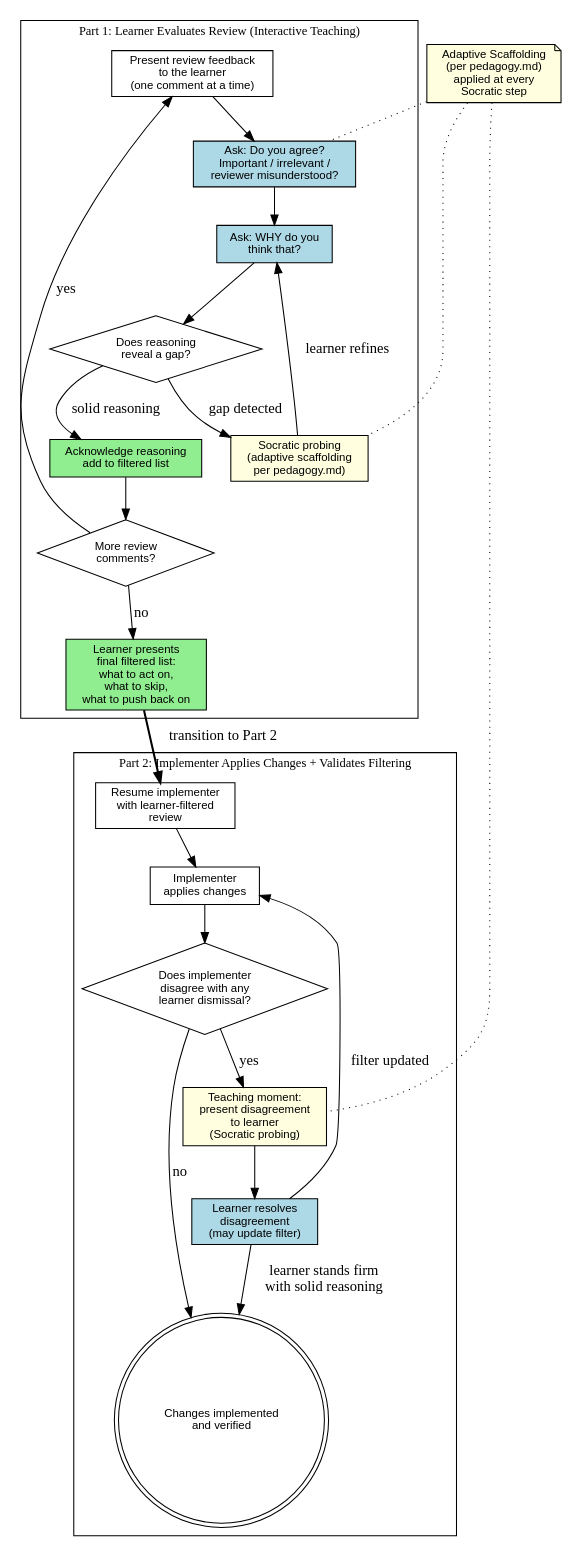
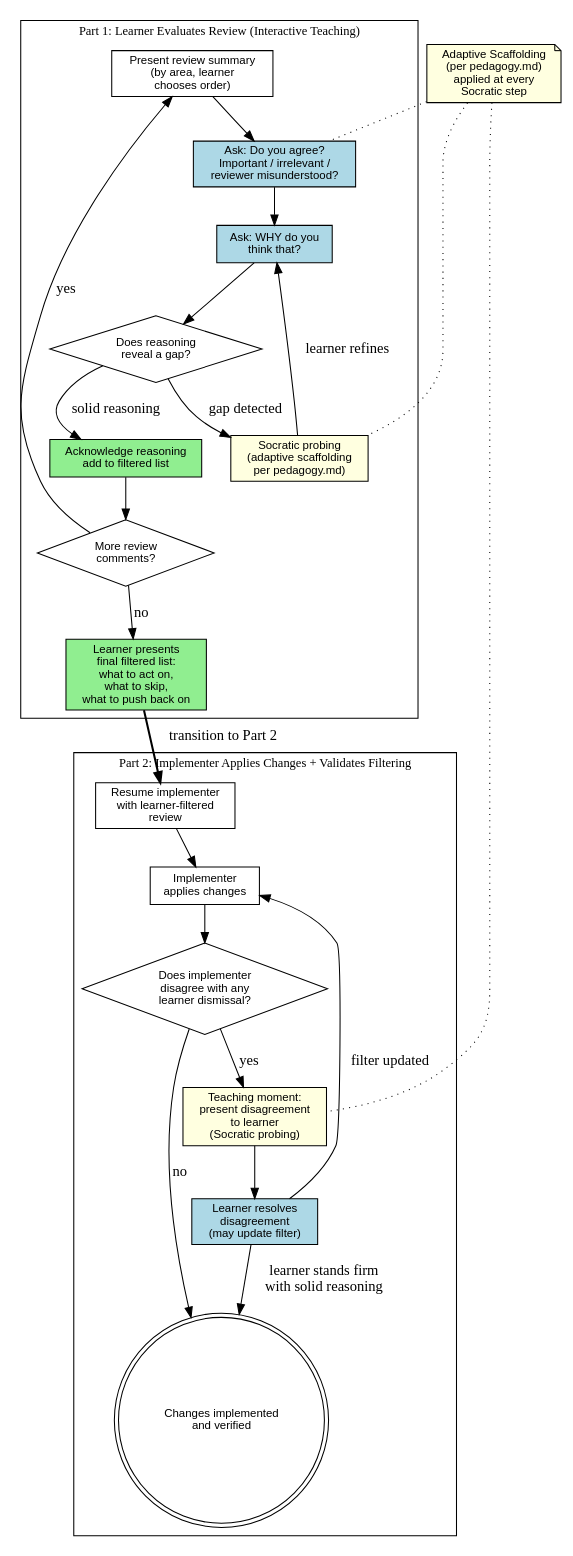
One commit to alennartz/claude-plugins changed the diagram in learning-mode/skills/evaluating-code-review/SKILL.md. Above: the diagram before and after it, drawn with Graphviz. The commit also changed other lines of this file and 6 other files, not shown here.

````diff
--- a/learning-mode/skills/evaluating-code-review/SKILL.md
+++ b/learning-mode/skills/evaluating-code-review/SKILL.md
@@ -39,61 +39,61 @@
 ```dot
 digraph receiving_code_review {
     rankdir=TB;
     node [fontname="Helvetica", fontsize=11];
 
     subgraph cluster_part1 {
         label="Part 1: Learner Evaluates Review (Interactive Teaching)";
         style=solid;
         color=black;
         fontsize=12;
 
-        p1_present [label="Present review feedback\nto the learner\n(one comment at a time)" shape=box];
+        p1_present [label="Present review summary\n(by area, learner\nchooses order)" shape=box];
         p1_classify [label="Ask: Do you agree?\nImportant / irrelevant /\nreviewer misunderstood?" shape=box style=filled fillcolor=lightblue];
         p1_why [label="Ask: WHY do you\nthink that?" shape=box style=filled fillcolor=lightblue];
         p1_gap [label="Does reasoning\nreveal a gap?" shape=diamond];
         p1_probe [label="Socratic probing\n(adaptive scaffolding\nper pedagogy.md)" shape=box style=filled fillcolor=lightyellow];
         p1_solid [label="Acknowledge reasoning\nadd to filtered list" shape=box style=filled fillcolor=lightgreen];
         p1_more [label="More review\ncomments?" shape=diamond];
         p1_summary [label="Learner presents\nfinal filtered list:\nwhat to act on,\nwhat to skip,\nwhat to push back on" shape=box style=filled fillcolor=lightgreen];
 
         p1_present -> p1_classify;
         p1_classify -> p1_why;
         p1_why -> p1_gap;
         p1_gap -> p1_probe [label="gap detected"];
         p1_gap -> p1_solid [label="solid reasoning"];
         p1_probe -> p1_why [label="learner refines"];
         p1_solid -> p1_more;
         p1_more -> p1_present [label="yes"];
         p1_more -> p1_summary [label="no"];
     }
 
     subgraph cluster_part2 {
         label="Part 2: Implementer Applies Changes + Validates Filtering";
         style=solid;
         color=black;
         fontsize=12;
 
         p2_dispatch [label="Resume implementer\nwith learner-filtered\nreview" shape=box];
         p2_implement [label="Implementer\napplies changes" shape=box];
         p2_disagree [label="Does implementer\ndisagree with any\nlearner dismissal?" shape=diamond];
         p2_teach [label="Teaching moment:\npresent disagreement\nto learner\n(Socratic probing)" shape=box style=filled fillcolor=lightyellow];
         p2_resolve [label="Learner resolves\ndisagreement\n(may update filter)" shape=box style=filled fillcolor=lightblue];
         p2_complete [label="Changes implemented\nand verified" shape=doublecircle];
 
         p2_dispatch -> p2_implement;
         p2_implement -> p2_disagree;
         p2_disagree -> p2_teach [label="yes"];
         p2_disagree -> p2_complete [label="no"];
         p2_teach -> p2_resolve;
         p2_resolve -> p2_implement [label="filter updated"];
         p2_resolve -> p2_complete [label="learner stands firm\nwith solid reasoning"];
     }
 
     scaffold [label="Adaptive Scaffolding\n(per pedagogy.md)\napplied at every\nSocratic step" shape=note style=filled fillcolor=lightyellow];
 
     p1_summary -> p2_dispatch [label="transition to Part 2" style=bold];
     scaffold -> p1_classify [style=dotted arrowhead=none];
     scaffold -> p1_probe [style=dotted arrowhead=none];
     scaffold -> p2_teach [style=dotted arrowhead=none];
 }
 ```
````
